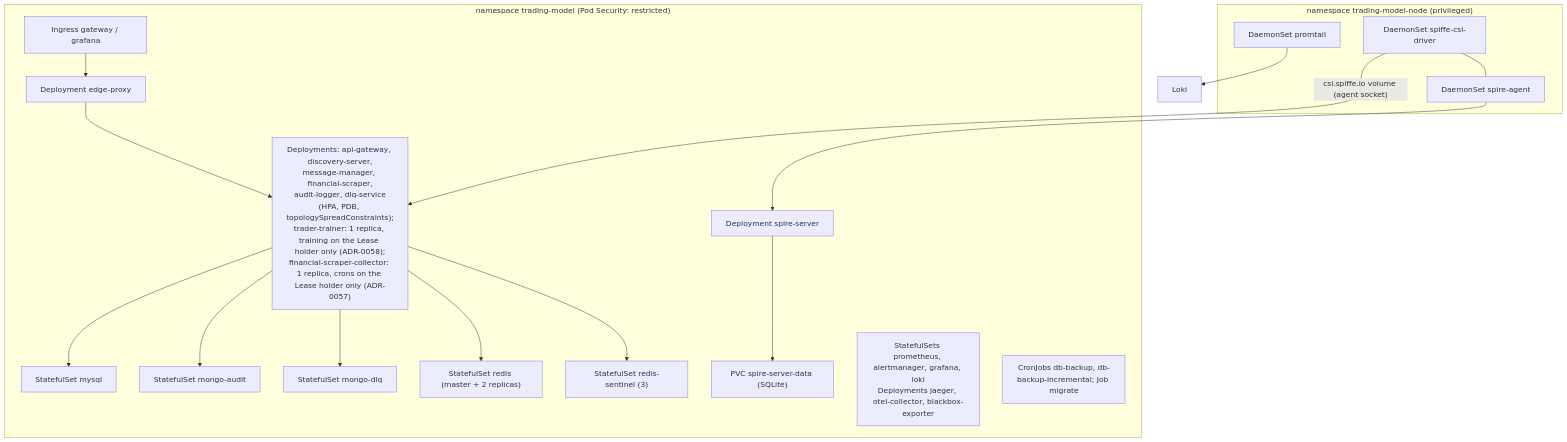
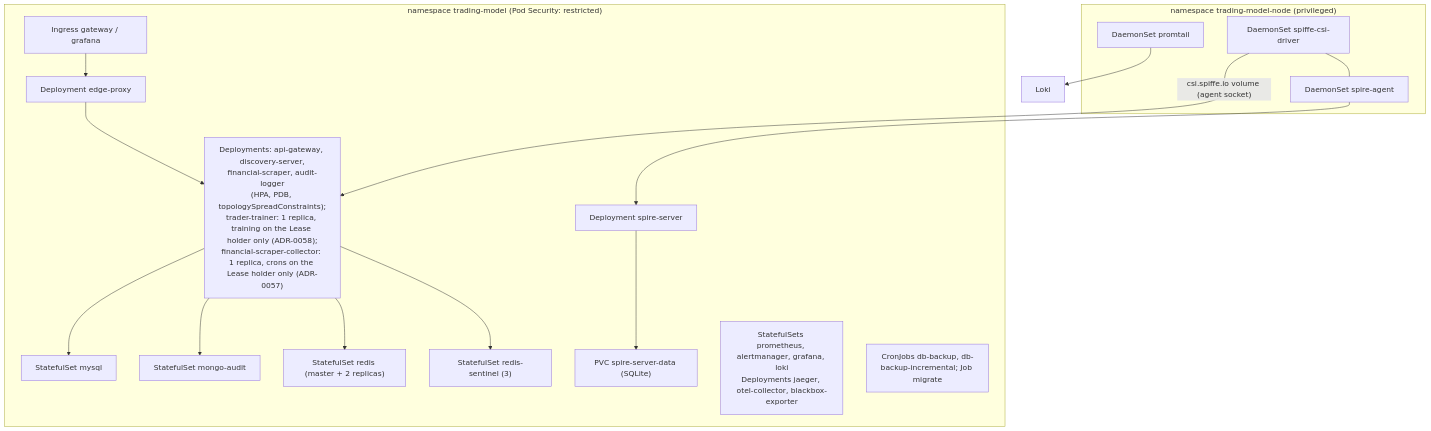
One commit to docteur-turboss/trading-model changed the third of 4 diagrams in docs/architecture/system-overview.md. Above: the diagram before and after it, drawn with Mermaid. The commit also changed other lines of this file and 220 other files, not shown here.

Commit message:
:fire:(multiple): remove the message-manager, dlq-service and mongo-dlq infrastructure, docs and gates (ADR-0073 release N+1) (#1241)

````diff
--- a/docs/architecture/system-overview.md
+++ b/docs/architecture/system-overview.md
@@ -78,24 +74,23 @@
 ```mermaid
 flowchart TB
   subgraph tm["namespace trading-model (Pod Security: restricted)"]
     ing["Ingress gateway / grafana"] --> edge["Deployment edge-proxy"]
-    edge --> svc["Deployments: api-gateway, discovery-server,<br/>message-manager, financial-scraper,<br/>audit-logger, dlq-service<br/>(HPA, PDB, topologySpreadConstraints);<br/>trader-trainer: 1 replica, training on the Lease holder only (ADR-0058);<br/>financial-scraper-collector: 1 replica, crons on the Lease holder only (ADR-0057)"]
+    edge --> svc["Deployments: api-gateway, discovery-server,<br/>financial-scraper, audit-logger<br/>(HPA, PDB, topologySpreadConstraints);<br/>trader-trainer: 1 replica, training on the Lease holder only (ADR-0058);<br/>financial-scraper-collector: 1 replica, crons on the Lease holder only (ADR-0057)"]
     svc --> mysql["StatefulSet mysql"]
     svc --> mA["StatefulSet mongo-audit"]
-    svc --> mD["StatefulSet mongo-dlq"]
     svc --> rd["StatefulSet redis (master + 2 replicas)"]
     svc --> rs["StatefulSet redis-sentinel (3)"]
     ss["Deployment spire-server"] --> sspvc["PVC spire-server-data (SQLite)"]
     obs["StatefulSets prometheus, alertmanager, grafana, loki<br/>Deployments jaeger, otel-collector, blackbox-exporter"]
     jobs["CronJobs db-backup, db-backup-incremental; Job migrate"]
   end
   subgraph node["namespace trading-model-node (privileged)"]
     agent["DaemonSet spire-agent"]
     csi["DaemonSet spiffe-csi-driver"]
     pt["DaemonSet promtail"]
   end
   csi -->|"csi.spiffe.io volume (agent socket)"| svc
   agent --> ss
   csi --- agent
   pt --> loki["Loki"]
 ```
````
